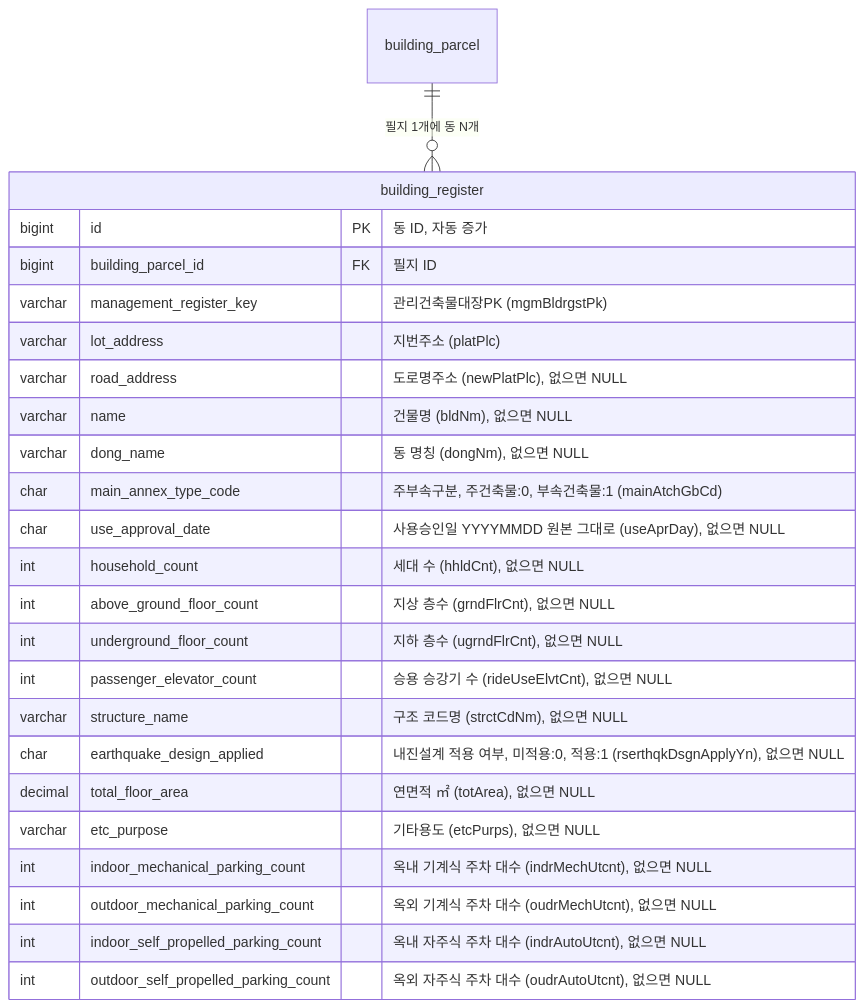
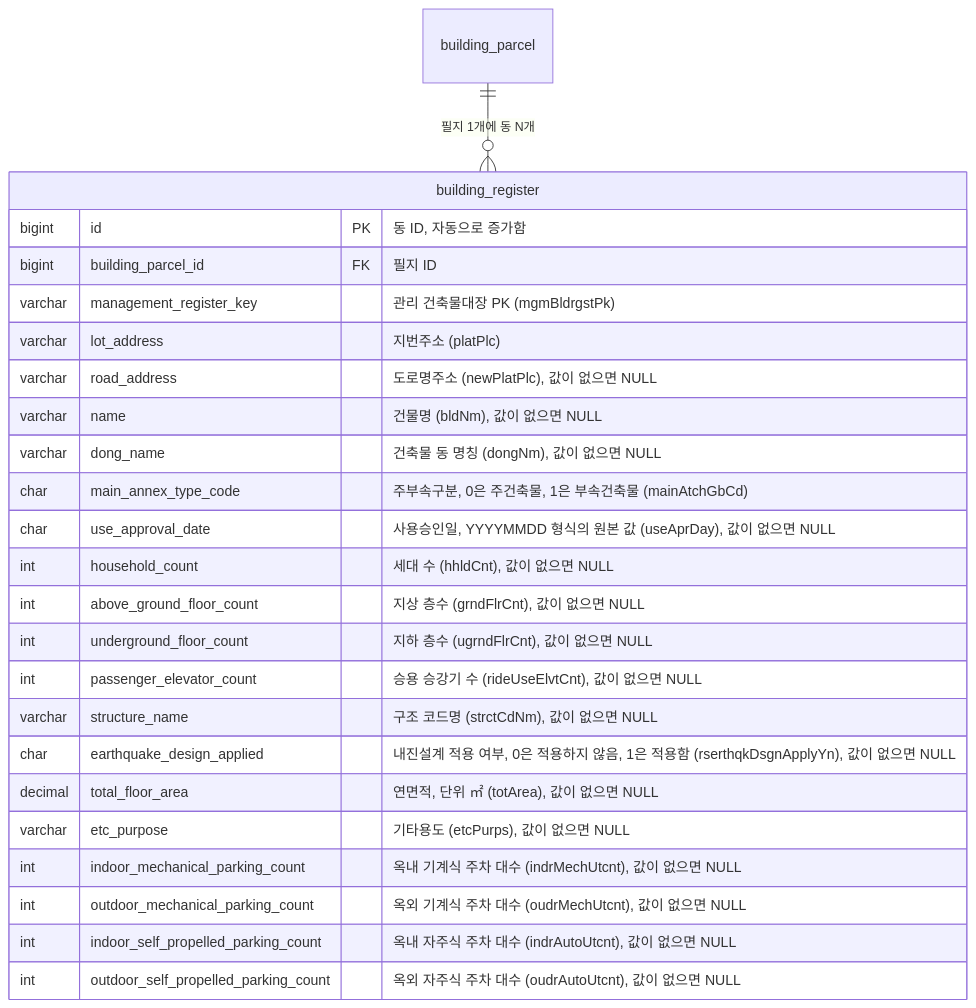
Before and after one commit to f-lab-edu/jipsee: the fourth of 8 diagrams in docs/erd.md, drawn with Mermaid. The commit also changed other lines of this file and 5 other files, not shown here.

````diff
--- a/docs/erd.md
+++ b/docs/erd.md
@@ -77,27 +80,27 @@
 ```mermaid
 erDiagram
     building_parcel ||--o{ building_register : "필지 1개에 동 N개"
     building_register {
-        bigint id PK "동 ID, 자동 증가"
+        bigint id PK "동 ID, 자동으로 증가함"
         bigint building_parcel_id FK "필지 ID"
-        varchar management_register_key "관리건축물대장PK (mgmBldrgstPk)"
+        varchar management_register_key "관리 건축물대장 PK (mgmBldrgstPk)"
         varchar lot_address "지번주소 (platPlc)"
-        varchar road_address "도로명주소 (newPlatPlc), 없으면 NULL"
-        varchar name "건물명 (bldNm), 없으면 NULL"
-        varchar dong_name "동 명칭 (dongNm), 없으면 NULL"
-        char main_annex_type_code "주부속구분, 주건축물:0, 부속건축물:1 (mainAtchGbCd)"
-        char use_approval_date "사용승인일 YYYYMMDD 원본 그대로 (useAprDay), 없으면 NULL"
-        int household_count "세대 수 (hhldCnt), 없으면 NULL"
-        int above_ground_floor_count "지상 층수 (grndFlrCnt), 없으면 NULL"
-        int underground_floor_count "지하 층수 (ugrndFlrCnt), 없으면 NULL"
-        int passenger_elevator_count "승용 승강기 수 (rideUseElvtCnt), 없으면 NULL"
-        varchar structure_name "구조 코드명 (strctCdNm), 없으면 NULL"
-        char earthquake_design_applied "내진설계 적용 여부, 미적용:0, 적용:1 (rserthqkDsgnApplyYn), 없으면 NULL"
-        decimal total_floor_area "연면적 ㎡ (totArea), 없으면 NULL"
-        varchar etc_purpose "기타용도 (etcPurps), 없으면 NULL"
-        int indoor_mechanical_parking_count "옥내 기계식 주차 대수 (indrMechUtcnt), 없으면 NULL"
-        int outdoor_mechanical_parking_count "옥외 기계식 주차 대수 (oudrMechUtcnt), 없으면 NULL"
-        int indoor_self_propelled_parking_count "옥내 자주식 주차 대수 (indrAutoUtcnt), 없으면 NULL"
-        int outdoor_self_propelled_parking_count "옥외 자주식 주차 대수 (oudrAutoUtcnt), 없으면 NULL"
+        varchar road_address "도로명주소 (newPlatPlc), 값이 없으면 NULL"
+        varchar name "건물명 (bldNm), 값이 없으면 NULL"
+        varchar dong_name "건축물 동 명칭 (dongNm), 값이 없으면 NULL"
+        char main_annex_type_code "주부속구분, 0은 주건축물, 1은 부속건축물 (mainAtchGbCd)"
+        char use_approval_date "사용승인일, YYYYMMDD 형식의 원본 값 (useAprDay), 값이 없으면 NULL"
+        int household_count "세대 수 (hhldCnt), 값이 없으면 NULL"
+        int above_ground_floor_count "지상 층수 (grndFlrCnt), 값이 없으면 NULL"
+        int underground_floor_count "지하 층수 (ugrndFlrCnt), 값이 없으면 NULL"
+        int passenger_elevator_count "승용 승강기 수 (rideUseElvtCnt), 값이 없으면 NULL"
+        varchar structure_name "구조 코드명 (strctCdNm), 값이 없으면 NULL"
+        char earthquake_design_applied "내진설계 적용 여부, 0은 적용하지 않음, 1은 적용함 (rserthqkDsgnApplyYn), 값이 없으면 NULL"
+        decimal total_floor_area "연면적, 단위 ㎡ (totArea), 값이 없으면 NULL"
+        varchar etc_purpose "기타용도 (etcPurps), 값이 없으면 NULL"
+        int indoor_mechanical_parking_count "옥내 기계식 주차 대수 (indrMechUtcnt), 값이 없으면 NULL"
+        int outdoor_mechanical_parking_count "옥외 기계식 주차 대수 (oudrMechUtcnt), 값이 없으면 NULL"
+        int indoor_self_propelled_parking_count "옥내 자주식 주차 대수 (indrAutoUtcnt), 값이 없으면 NULL"
+        int outdoor_self_propelled_parking_count "옥외 자주식 주차 대수 (oudrAutoUtcnt), 값이 없으면 NULL"
     }
 ```
````
